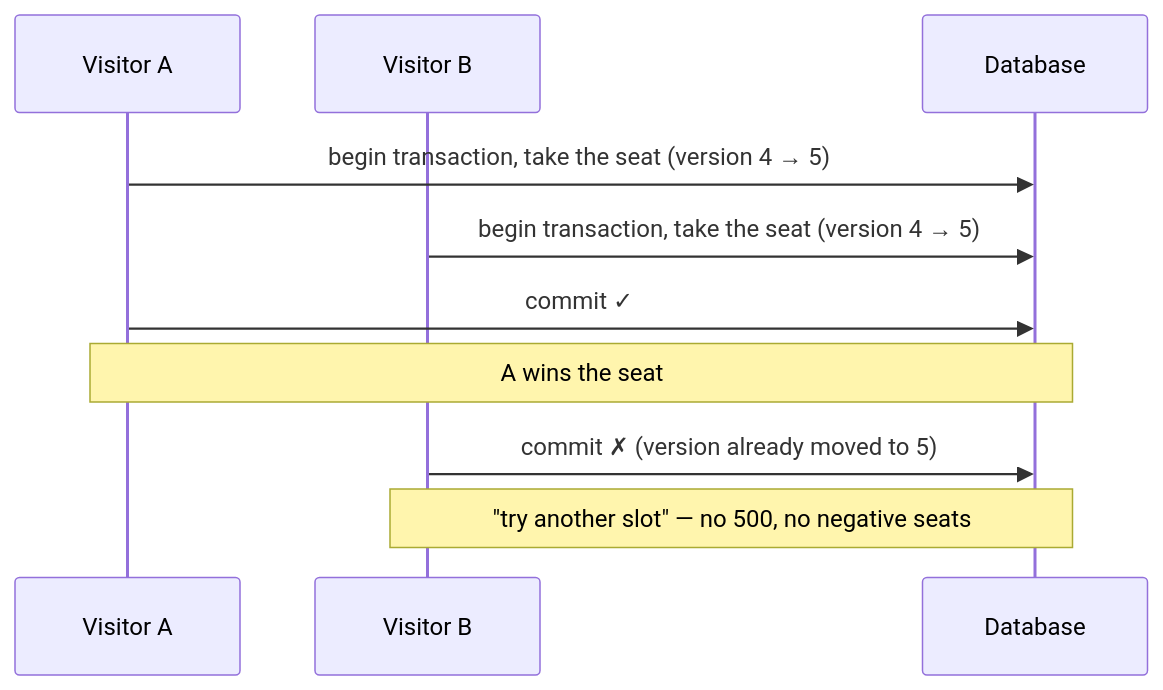
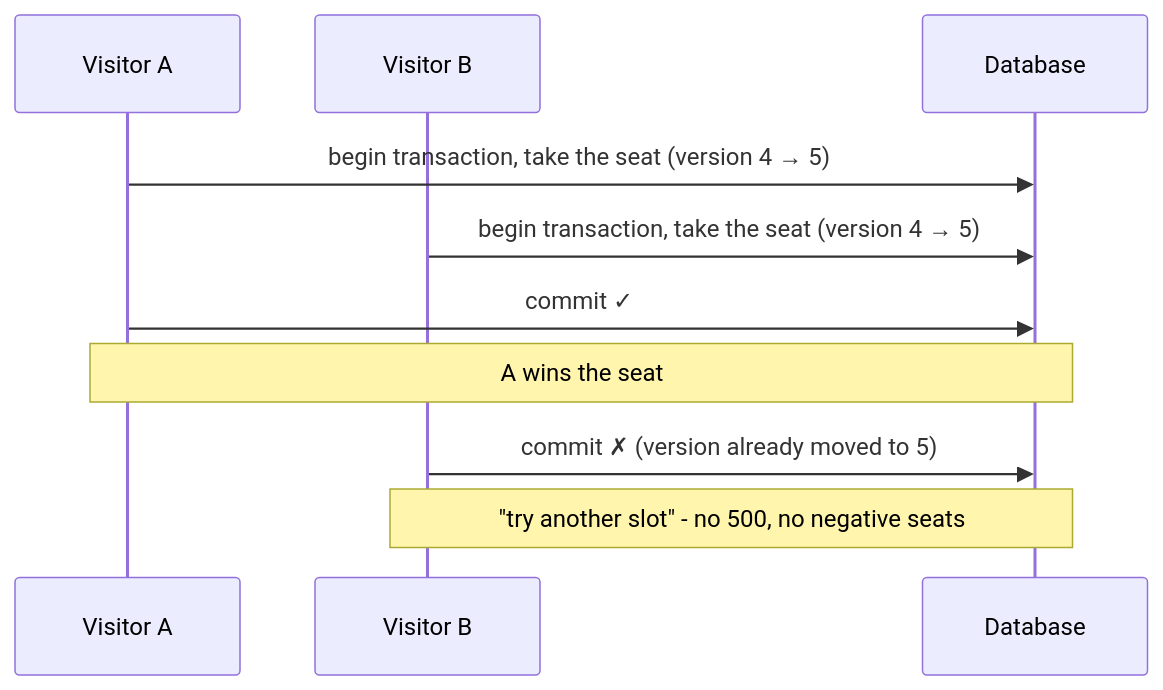
One commit to Foysal-Munsy/projects-case-studies changed the fourth of 5 diagrams in src/content/case-studies/credosis-api.mdx. Above: the diagram before and after it, drawn with Mermaid. The commit also changed other lines of this file and 6 other files, not shown here.

````diff
--- a/src/content/case-studies/credosis-api.mdx
+++ b/src/content/case-studies/credosis-api.mdx
@@ -151,13 +151,13 @@
 ```mermaid
 sequenceDiagram
     participant A as Visitor A
     participant B as Visitor B
     participant DB as Database
 
     A->>DB: begin transaction, take the seat (version 4 → 5)
     B->>DB: begin transaction, take the seat (version 4 → 5)
     A->>DB: commit ✓
     Note over A,DB: A wins the seat
     B->>DB: commit ✗ (version already moved to 5)
-    Note over B,DB: "try another slot" — no 500, no negative seats
+    Note over B,DB: "try another slot" - no 500, no negative seats
 ```
````
